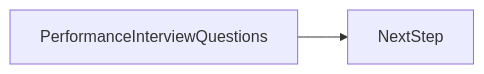
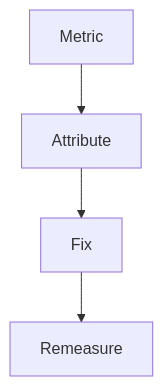
One commit to OmidJavaherii/Frontend-Engineering-Handbook changed the second of 3 diagrams in docs/en/24-interview-preparation/performance-interview-questions/index.md. Above: the diagram before and after it, drawn with Mermaid. The commit also changed other lines of this file and 461 other files, not shown here.

````diff
--- a/docs/en/24-interview-preparation/performance-interview-questions/index.md
+++ b/docs/en/24-interview-preparation/performance-interview-questions/index.md
@@ -95,4 +120,6 @@
 ```mermaid
-flowchart LR
-  concept[PerformanceInterviewQuestions] --> nextStep[NextStep]
+flowchart TD
+  n0[Metric] --> n1[Attribute]
+  n1[Attribute] --> n2[Fix]
+  n2[Fix] --> n3[Remeasure]
 ```
````
